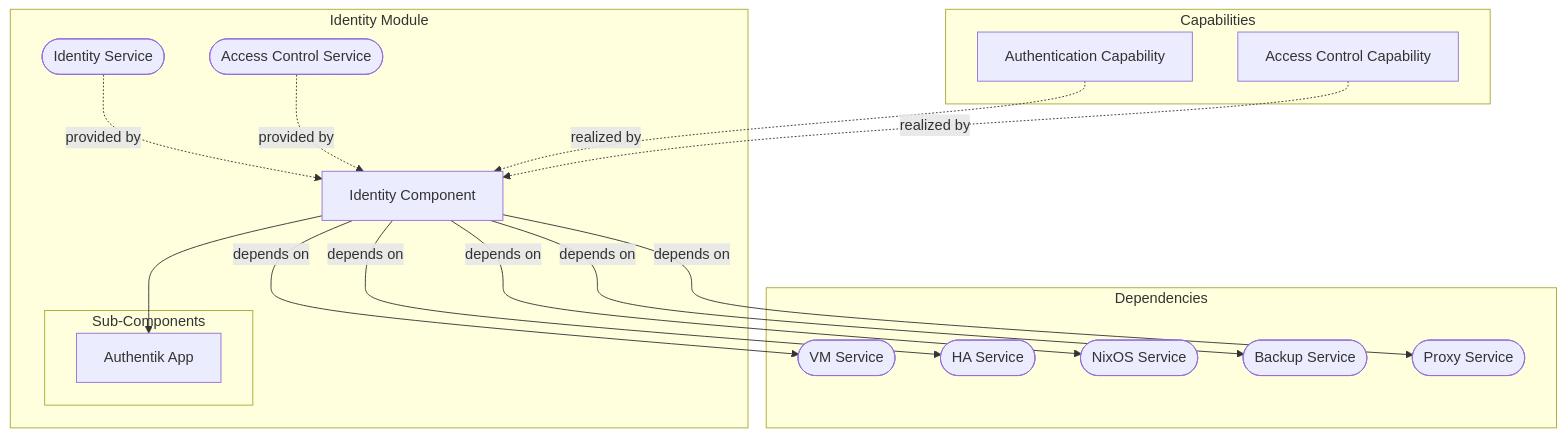
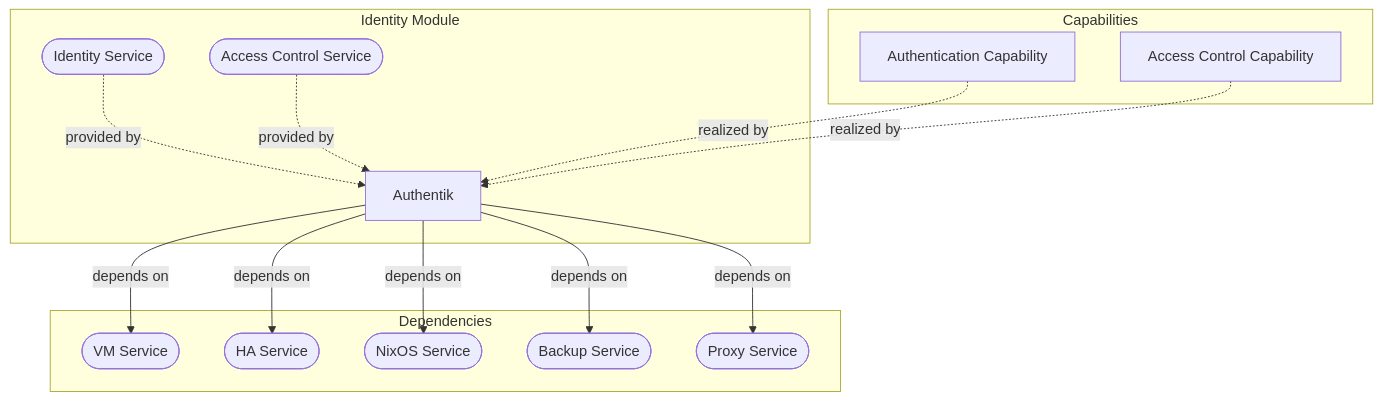
Before and after one commit to TAPPaaS/Documentation: the third of 5 diagrams in docs/architecture/module-designs/foundation.md, drawn with Mermaid. The commit also changed other lines of this file, not shown here.

Commit message:
Update Foundation diagrams with specific component names

````diff
--- a/docs/architecture/module-designs/foundation.md
+++ b/docs/architecture/module-designs/foundation.md
@@ -85,35 +97,31 @@
 ```mermaid
 flowchart TB
     subgraph Capabilities
         Auth[Authentication Capability]
         Access[Access Control Capability]
     end
 
     subgraph Identity Module
-        IdComp[Identity Component]
-        subgraph Sub-Components
-            Authentik[Authentik App]
-        end
+        Authentik[Authentik]
         IdentityService([Identity Service])
         AccessService([Access Control Service])
-        IdComp --> Authentik
-        IdentityService -.->|provided by| IdComp
-        AccessService -.->|provided by| IdComp
+        IdentityService -.->|provided by| Authentik
+        AccessService -.->|provided by| Authentik
     end
 
     subgraph Dependencies
         VMService([VM Service])
         HAService([HA Service])
         NixOSService([NixOS Service])
         BackupService([Backup Service])
         ProxyService([Proxy Service])
     end
 
-    Auth -.->|realized by| IdComp
-    Access -.->|realized by| IdComp
-    IdComp -->|depends on| VMService
-    IdComp -->|depends on| HAService
-    IdComp -->|depends on| NixOSService
-    IdComp -->|depends on| BackupService
-    IdComp -->|depends on| ProxyService
+    Auth -.->|realized by| Authentik
+    Access -.->|realized by| Authentik
+    Authentik -->|depends on| VMService
+    Authentik -->|depends on| HAService
+    Authentik -->|depends on| NixOSService
+    Authentik -->|depends on| BackupService
+    Authentik -->|depends on| ProxyService
 ```
````
